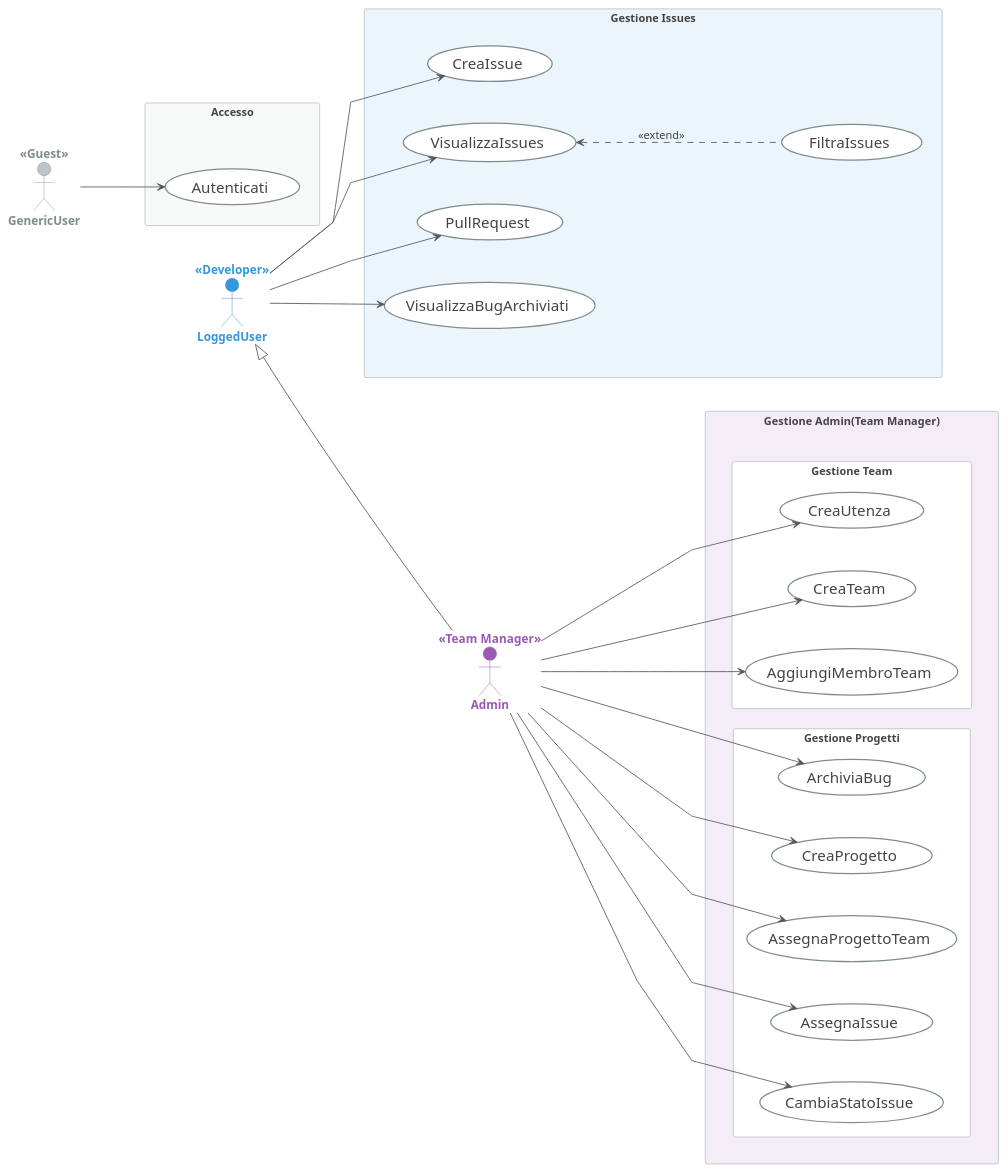
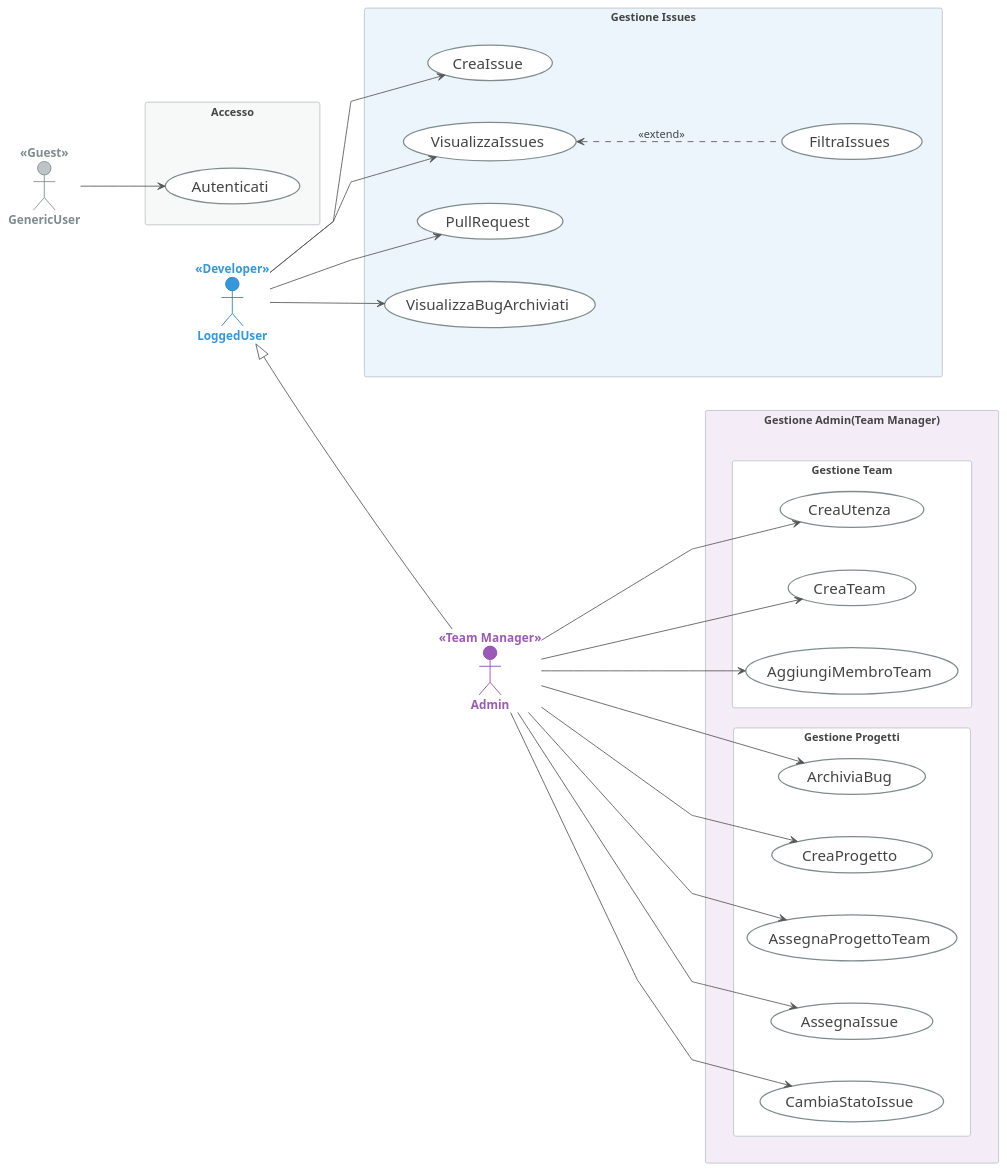
Before and after one commit to kiyx/progetto-swe-2026: the diagram in Documentazione/Sezione 1/UseCase/UseCaseDiagram/UseCaseDiagram.plantuml, drawn with PlantUML. The commit also changed 8 other files, not shown here.

Commit message:
Diagrammi / Sezione 2 / Sezione 3

```diff
--- a/Documentazione/Sezione 1/UseCase/UseCaseDiagram/UseCaseDiagram.plantuml
+++ b/Documentazione/Sezione 1/UseCase/UseCaseDiagram/UseCaseDiagram.plantuml
@@ -1,139 +1,112 @@
-@startuml UseCaseDiagram
-' Titolo del diagramma
+@startuml UseCaseDiagram_BugBoard26
+!theme plain
 
-' ==============================================
-' 1. CONFIGURAZIONE MOTORE
-' ==============================================
 left to right direction
 skinparam packageStyle rectangle
 skinparam shadowing false
 skinparam handwritten false
 skinparam linetype polyline
-
-' Spaziatura aumentata per evitare incroci
 skinparam nodesep 50
 skinparam ranksep 100
 
-' ==============================================
-' 2. STILE GRAFICO
-' ==============================================
 skinparam defaultFontName "Segoe UI"
 skinparam defaultFontSize 13
 skinparam defaultFontColor #444444
 
 skinparam usecase {
     BackgroundColor White
     BorderColor #7F8C8D
     BorderThickness 1.5
     ArrowColor #555555
     FontSize 18
 }
 
 skinparam package {
     BackgroundColor White
     BorderColor #BDC3C7
     FontColor #7F8C8D
     FontSize 13
     FontStyle Bold
 }
 
 skinparam actor {
     FontStyle Bold
     FontSize 14
 }
 skinparam actor<<Guest>> {
     BackgroundColor #BDC3C7
     BorderColor #7F8C8D
     FontColor #7F8C8D
 }
 skinparam actor<<Developer>> {
     BackgroundColor #3498DB
     BorderColor #2980B9
     FontColor #3498DB
 }
 skinparam actor<<Team Manager>> {
     BackgroundColor #9B59B6
     BorderColor #8E44AD
     FontColor #9B59B6
 }
 
-' ==============================================
-' 3. DEFINIZIONE ELEMENTI (Sequenziale)
-' ==============================================
-
-' --- LIVELLO 1: GUEST ---
 actor :GenericUser: as GenUser <<Guest>>
 package "Accesso" as PkgAuth #F7F9F9 {
     usecase "Autenticati" as UC_Auth
 }
 
-' --- LIVELLO 2: DEVELOPER ---
 actor :LoggedUser: as LogUser <<Developer>>
 package "Gestione Issues" as PkgIssues #EBF5FB {
     usecase "CreaIssue" as UC_Crea
     usecase "VisualizzaIssues" as UC_View
     usecase "FiltraIssues" as UC_Filter
     usecase "PullRequest" as UC_Pull
     usecase "VisualizzaBugArchiviati" as UC_Arch
     
     UC_View <.. UC_Filter : <<extend>>
 }
 
-' --- LIVELLO 3: MANAGER ---
 actor :Admin: as Admin <<Team Manager>>
 package "Gestione Admin(Team Manager)" as PkgAdmin #F4ECF7 {
     package "Gestione Team" as GrpStruct #White {
         usecase "CreaUtenza" as UC_CreaUser
         usecase "CreaTeam" as UC_CreaTeam
         usecase "AggiungiMembroTeam" as UC_AddMem
     }
     package "Gestione Progetti" as GrpManag #White {
         usecase "CreaProgetto" as UC_CreaProj
         usecase "AssegnaProgettoTeam" as UC_AddProj        
         usecase "AssegnaIssue" as UC_AssIss
         usecase "CambiaStatoIssue" as UC_Change
         usecase "ArchiviaBug" as UC_Archive
     }
 }
 
-' ==============================================
-' 4. COLLEGAMENTI LOGICI (FRECCE)
-' ==============================================
 GenUser --> UC_Auth
 
 LogUser --> UC_Crea
 LogUser --> UC_View
 LogUser --> UC_Pull
 LogUser --> UC_Arch
 
 Admin --> UC_CreaUser
 Admin --> UC_CreaTeam
 Admin --> UC_CreaProj
 Admin --> UC_AddMem
 Admin --> UC_AddProj
 Admin --> UC_AssIss
 Admin --> UC_Change
 Admin --> UC_Archive
 
-' Ereditarietà (Messa qui per non rompere il layout)
 LogUser <|-- Admin
 
-' ==============================================
-' 5. SCHELETRO RIGIDO (FIX DEFINITIVO)
-' ==============================================
-' Usiamo [hidden]down-> per forzare la direzione verticale ESPLICITA
-
-' A. Colonna Attori (Verticale)
 GenUser -[hidden]down-> LogUser
 LogUser -[hidden]down-> Admin
 
-' B. Colonna Pacchetti (Verticale)
 PkgAuth -[hidden]down-> PkgIssues
 PkgIssues -[hidden]down-> PkgAdmin
 
-' C. Allineamento Orizzontale (Attore -> Pacchetto)
 GenUser -[hidden]right-> PkgAuth
 LogUser -[hidden]right-> PkgIssues
 Admin   -[hidden]right-> PkgAdmin
 
 @enduml
```
